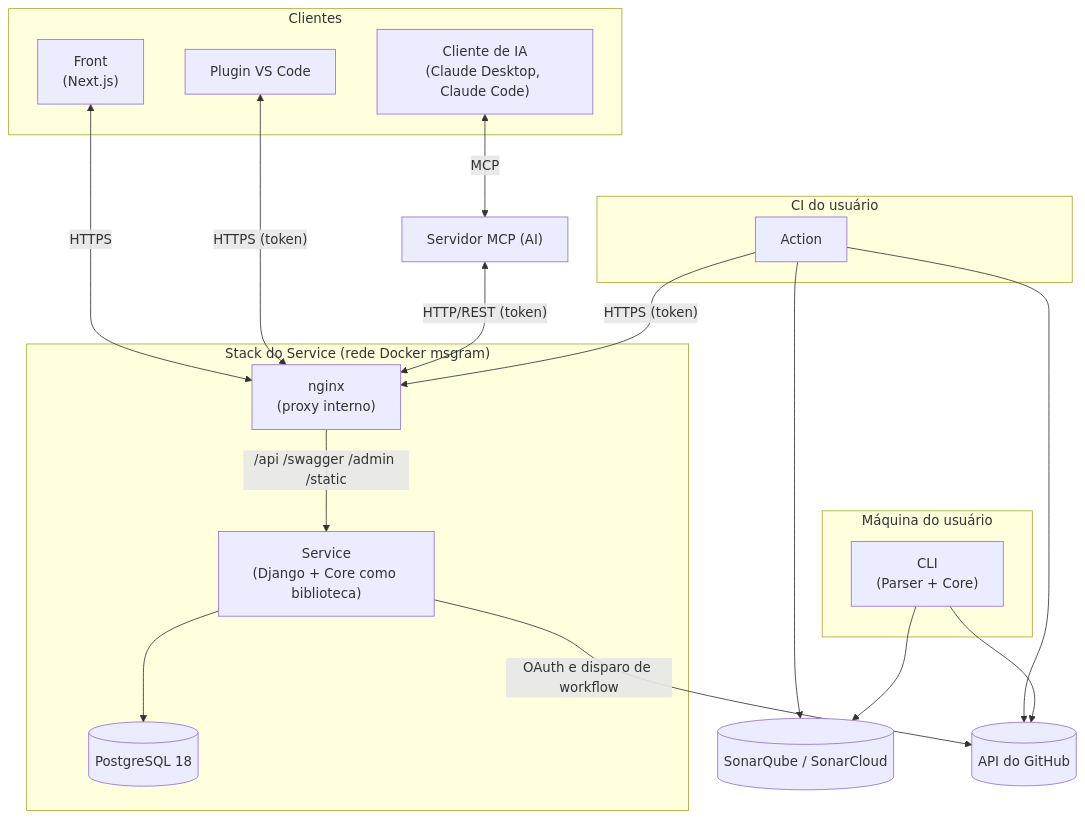
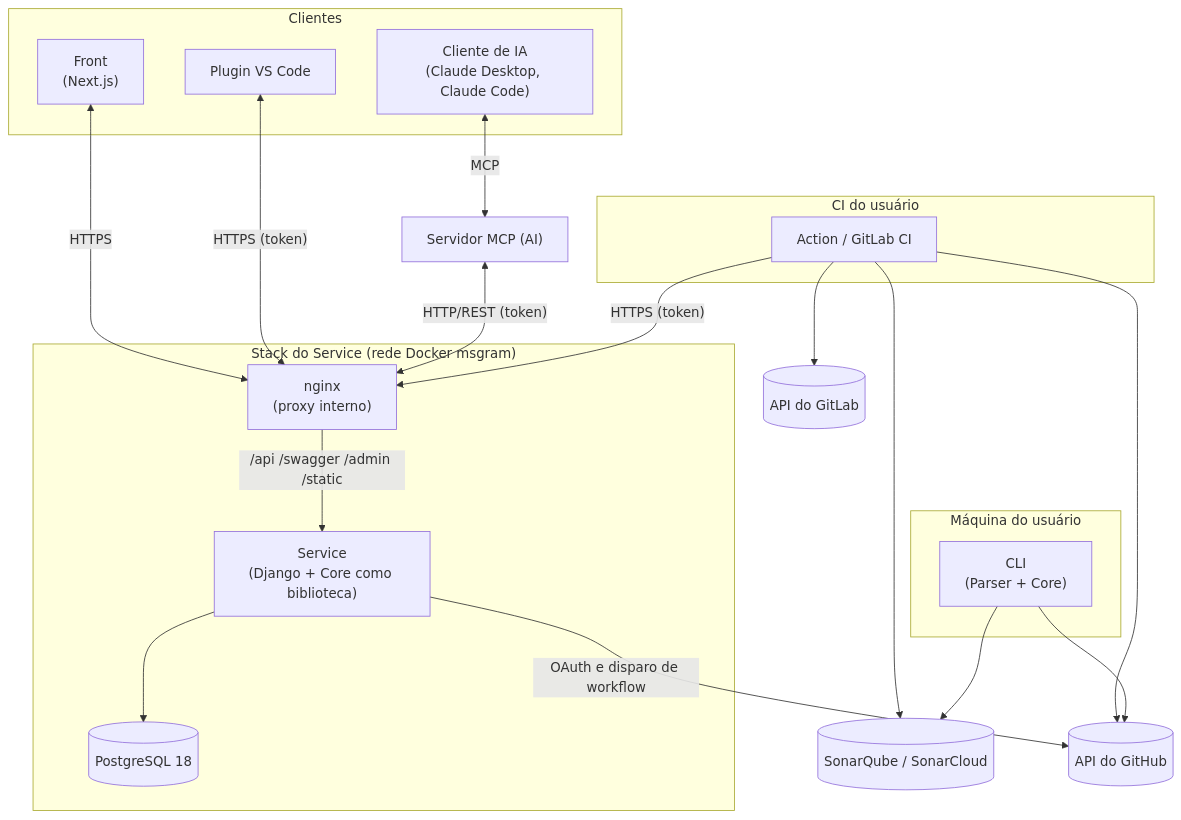
One commit to fga-eps-mds/2026.2-MeasureSoftGram-DOC changed the first of 9 diagrams in docs/produto/arquitetura.mdx. Above: the diagram before and after it, drawn with Mermaid. The commit also changed other lines of this file, not shown here.

Commit message:
docs(arquitetura): atualiza referências de coleta e suporte ao GitLab CI/CD (#239)

````diff
--- a/docs/produto/arquitetura.mdx
+++ b/docs/produto/arquitetura.mdx
@@ -164,39 +165,41 @@
 ```mermaid
 flowchart TB
     subgraph Clientes
         FE["Front<br/>(Next.js)"]
         VSC["Plugin VS Code"]
         IA["Cliente de IA<br/>(Claude Desktop, Claude Code)"]
     end
 
     subgraph Stack["Stack do Service (rede Docker msgram)"]
         RP["nginx<br/>(proxy interno)"]
         SVC["Service<br/>(Django + Core como biblioteca)"]
         DB[("PostgreSQL 18")]
         RP -->|"/api /swagger /admin /static"| SVC
         SVC --> DB
     end
 
     subgraph CI["CI do usuário"]
-        ACT["Action"]
+        ACT["Action / GitLab CI"]
     end
 
     subgraph Local["Máquina do usuário"]
         CLI["CLI<br/>(Parser + Core)"]
     end
 
     MCP["Servidor MCP (AI)"]
     SQ[("SonarQube / SonarCloud")]
     GH[("API do GitHub")]
+    GL[("API do GitLab")]
 
     FE <-->|HTTPS| RP
     VSC <-->|"HTTPS (token)"| RP
     IA <-->|MCP| MCP
     MCP <-->|"HTTP/REST (token)"| RP
     ACT -->|"HTTPS (token)"| RP
     ACT --> SQ
     ACT --> GH
+    ACT --> GL
     CLI --> SQ
     CLI --> GH
     SVC -->|"OAuth e disparo de workflow"| GH
 ```
````
